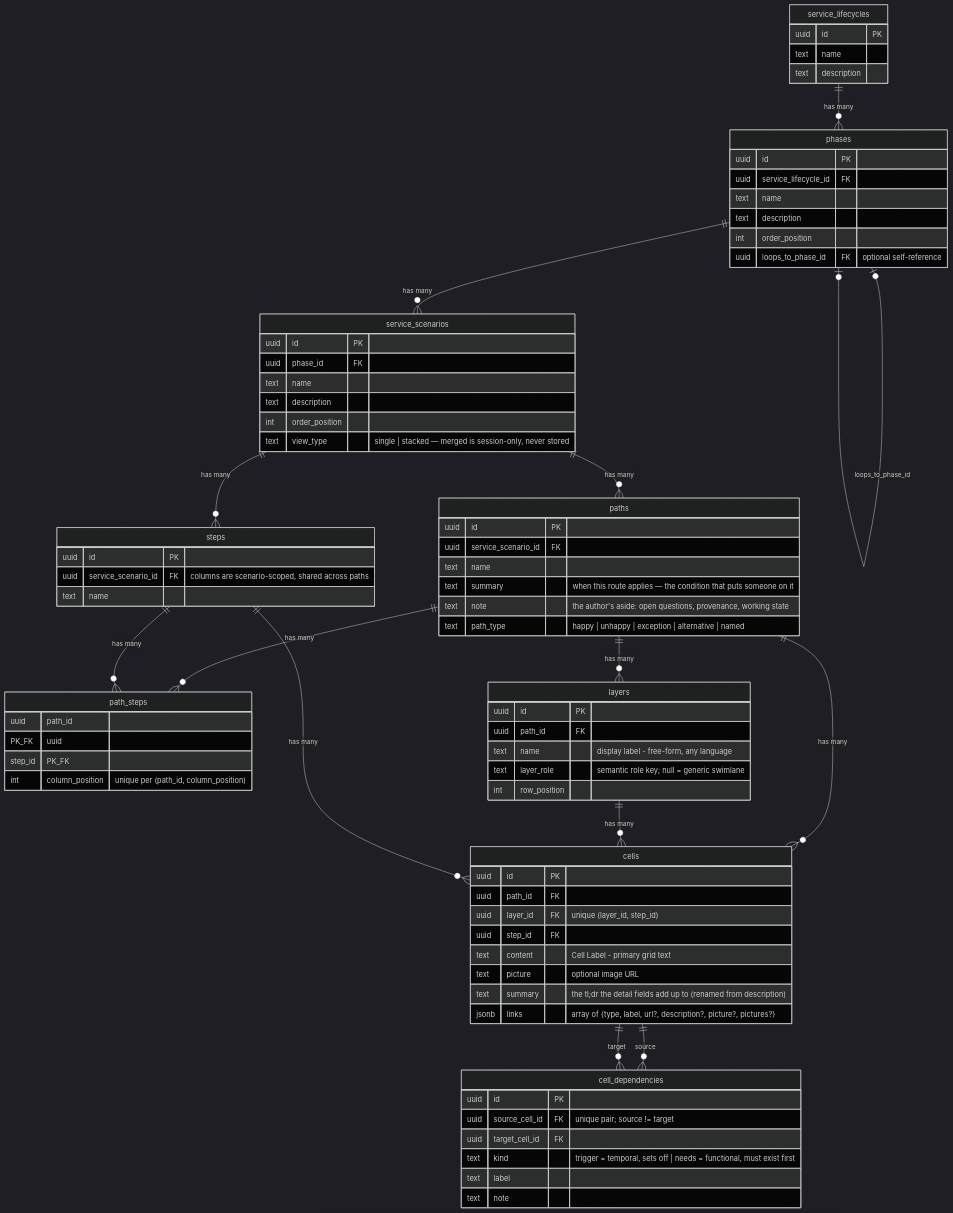
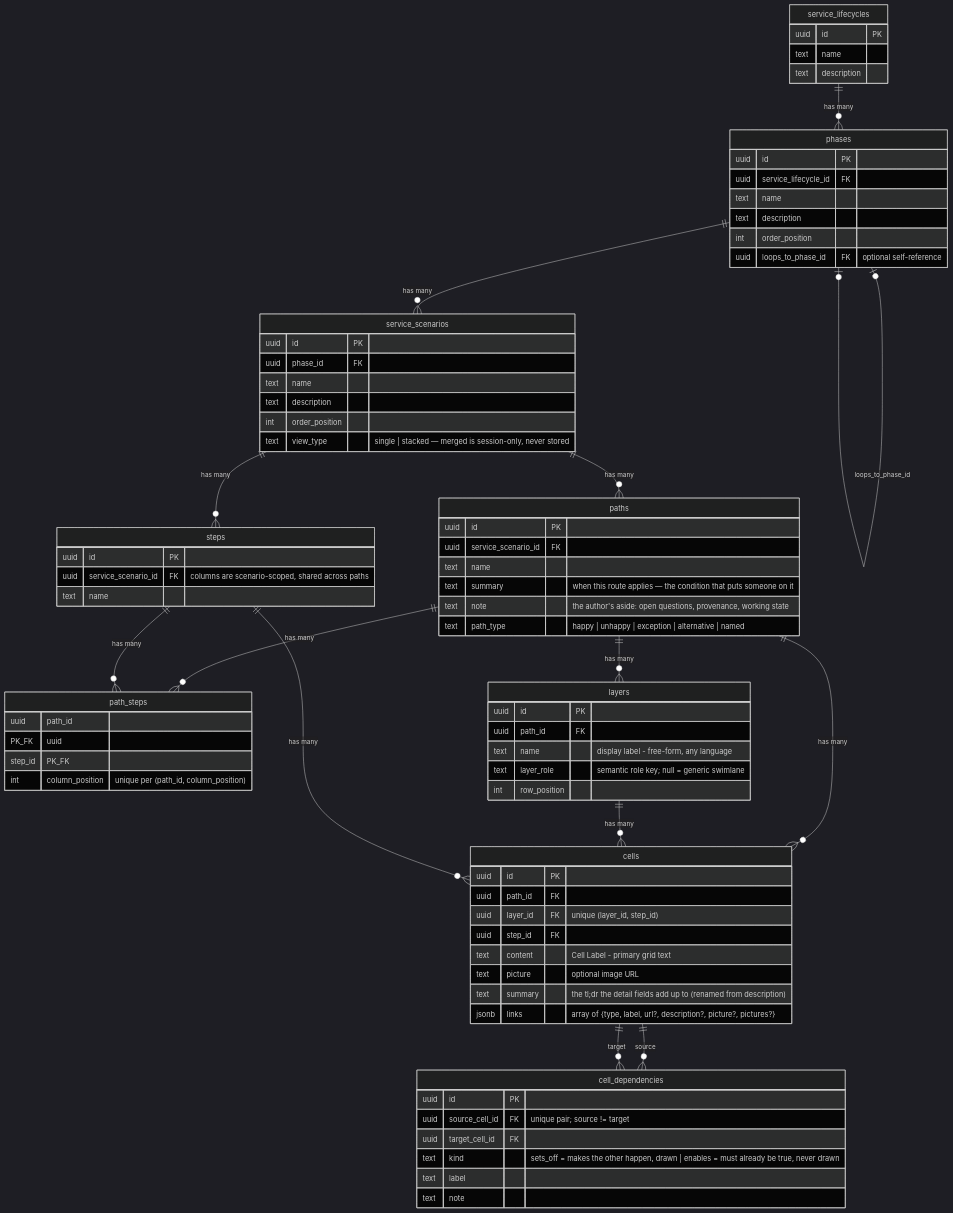
The diagram in src/lib/agent/skill/references/data-model.md (BilLogic/plus-uno-blueprint), drawn with Mermaid (dark theme) before and after one commit. The commit also changed other lines of this file and 17 other files, not shown here.

First line of the commit message:
refactor(dependencies): kinds become sets_off and enables

````diff
--- a/src/lib/agent/skill/references/data-model.md
+++ b/src/lib/agent/skill/references/data-model.md
@@ -33,26 +33,26 @@
 ```mermaid
 erDiagram
   service_lifecycles ||--o{ phases : "has many"
   phases ||--o{ service_scenarios : "has many"
   phases |o--o| phases : "loops_to_phase_id"
   service_scenarios ||--o{ paths : "has many"
   service_scenarios ||--o{ steps : "has many"
   paths ||--o{ path_steps : "has many"
   steps ||--o{ path_steps : "has many"
   paths ||--o{ layers : "has many"
   paths ||--o{ cells : "has many"
   layers ||--o{ cells : "has many"
   steps ||--o{ cells : "has many"
   cells ||--o{ cell_dependencies : "source"
   cells ||--o{ cell_dependencies : "target"
 
   service_lifecycles { uuid id PK  text name  text description }
   phases { uuid id PK  uuid service_lifecycle_id FK  text name  text description  int order_position  uuid loops_to_phase_id FK "optional self-reference" }
   service_scenarios { uuid id PK  uuid phase_id FK  text name  text description  int order_position  text view_type "single | stacked — merged is session-only, never stored" }
   paths { uuid id PK  uuid service_scenario_id FK  text name  text summary "when this route applies — the condition that puts someone on it"  text note "the author's aside: open questions, provenance, working state"  text path_type "happy | unhappy | exception | alternative | named" }
   steps { uuid id PK  uuid service_scenario_id FK "columns are scenario-scoped, shared across paths"  text name }
   path_steps { uuid path_id PK_FK  uuid step_id PK_FK  int column_position "unique per (path_id, column_position)" }
   layers { uuid id PK  uuid path_id FK  text name "display label - free-form, any language"  text layer_role "semantic role key; null = generic swimlane"  int row_position }
   cells { uuid id PK  uuid path_id FK  uuid layer_id FK "unique (layer_id, step_id)"  uuid step_id FK  text content "Cell Label - primary grid text"  text picture "optional image URL"  text summary "the tl;dr the detail fields add up to (renamed from description)"  jsonb links "array of {type, label, url?, description?, picture?, pictures?}" }
-  cell_dependencies { uuid id PK  uuid source_cell_id FK "unique pair; source != target"  uuid target_cell_id FK  text kind "trigger = temporal, sets off | needs = functional, must exist first"  text label  text note }
+  cell_dependencies { uuid id PK  uuid source_cell_id FK "unique pair; source != target"  uuid target_cell_id FK  text kind "sets_off = makes the other happen, drawn | enables = must already be true, never drawn"  text label  text note }
 ```
````
